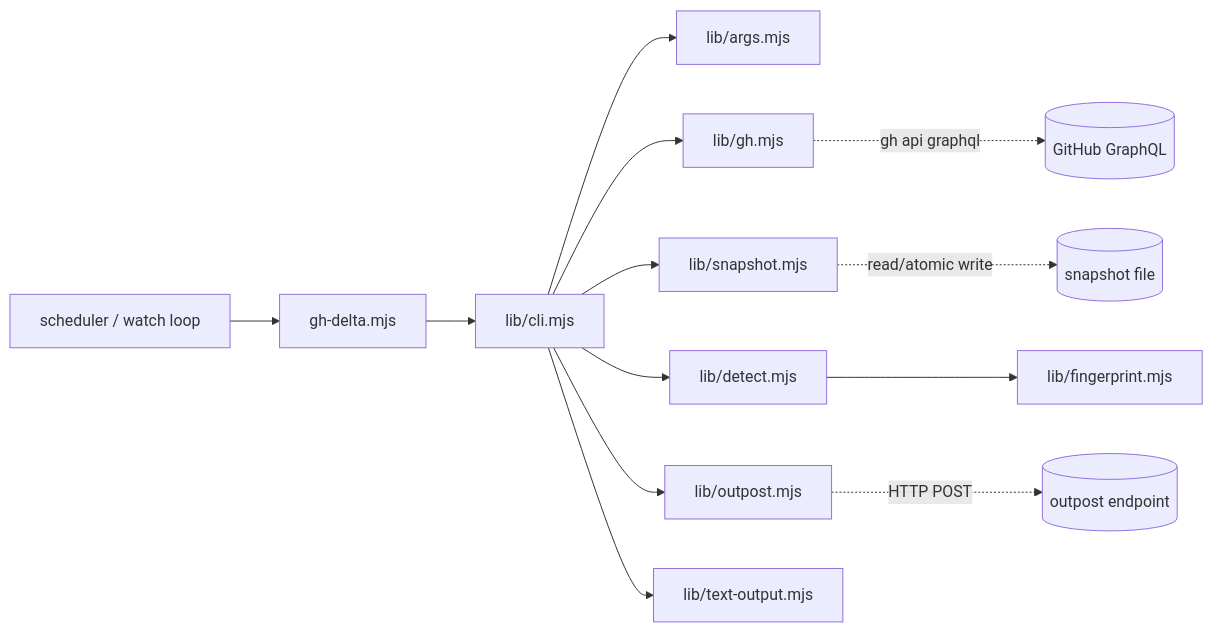
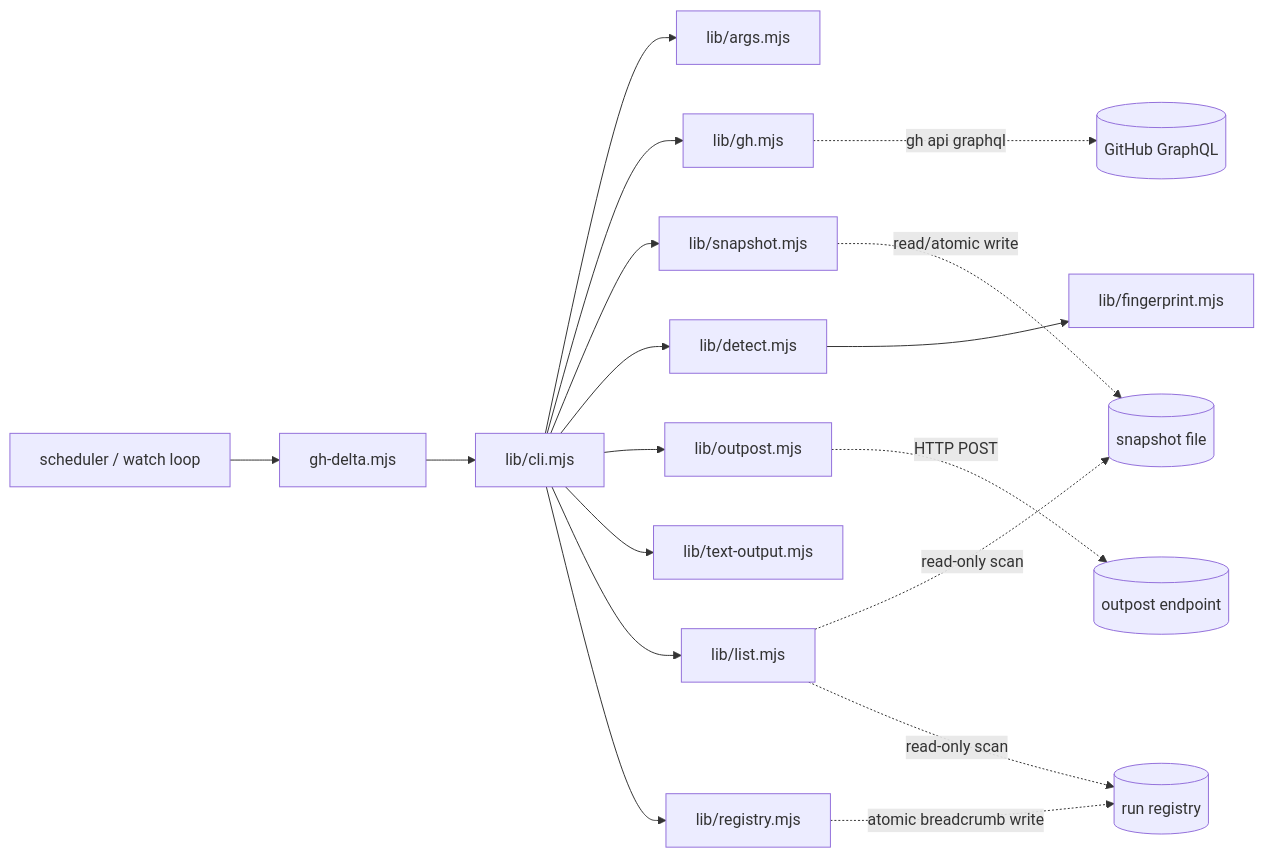
Before and after one commit to diegomarino/gh-delta: the first of 3 diagrams in docs/architecture.md, drawn with Mermaid. The commit also changed other lines of this file and 17 other files, not shown here.

First line of the commit message:
feat(cli): gh-delta list — read-only inventory of every local monitor (#11)

````diff
--- a/docs/architecture.md
+++ b/docs/architecture.md
@@ -25,14 +25,19 @@
 ```mermaid
 flowchart LR
     Sched[scheduler / watch loop] --> Bin[gh-delta.mjs]
     Bin --> CLI[lib/cli.mjs]
     CLI --> Args[lib/args.mjs]
     CLI --> GH[lib/gh.mjs]
     CLI --> Snap[lib/snapshot.mjs]
     CLI --> Det[lib/detect.mjs] --> FP[lib/fingerprint.mjs]
     CLI --> Out[lib/outpost.mjs]
     CLI --> Txt[lib/text-output.mjs]
+    CLI --> Lst[lib/list.mjs]
+    CLI --> Reg[lib/registry.mjs]
     GH -. gh api graphql .-> GitHub[(GitHub GraphQL)]
     Out -. HTTP POST .-> Endpoint[(outpost endpoint)]
     Snap -. read/atomic write .-> FS[(snapshot file)]
+    Reg -. atomic breadcrumb write .-> RegFS[(run registry)]
+    Lst -. read-only scan .-> FS
+    Lst -. read-only scan .-> RegFS
 ```
````
